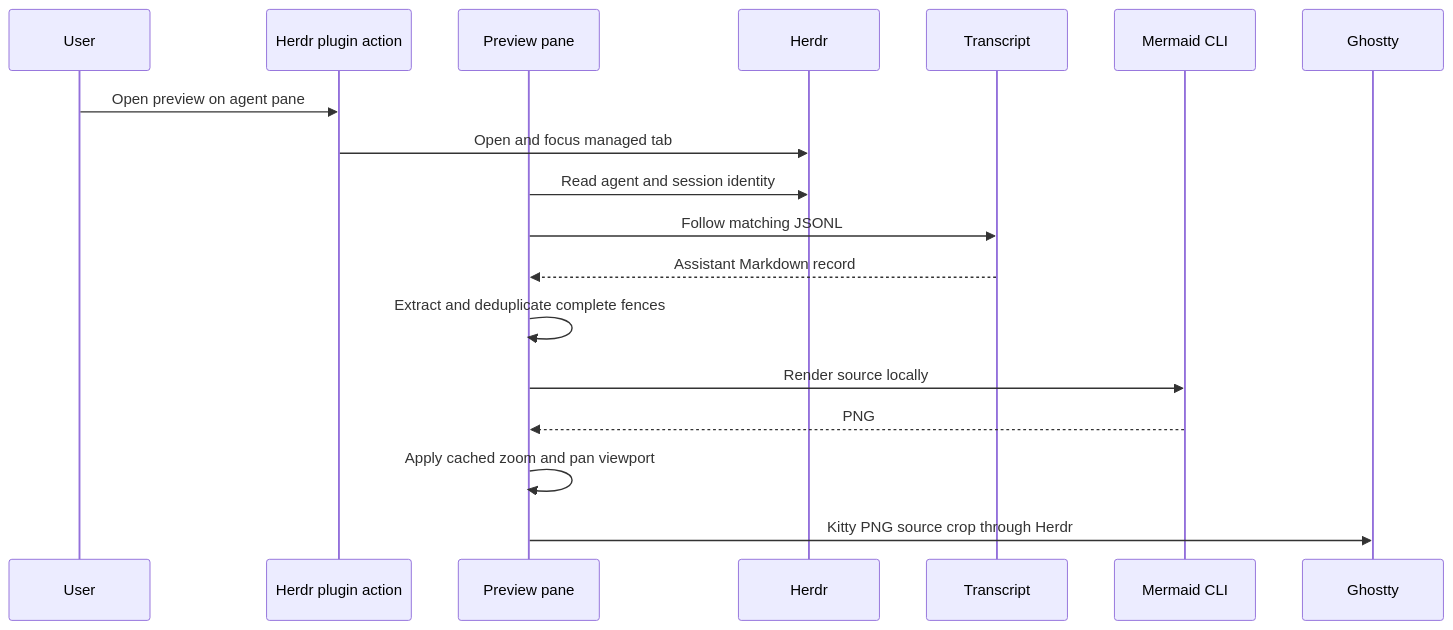
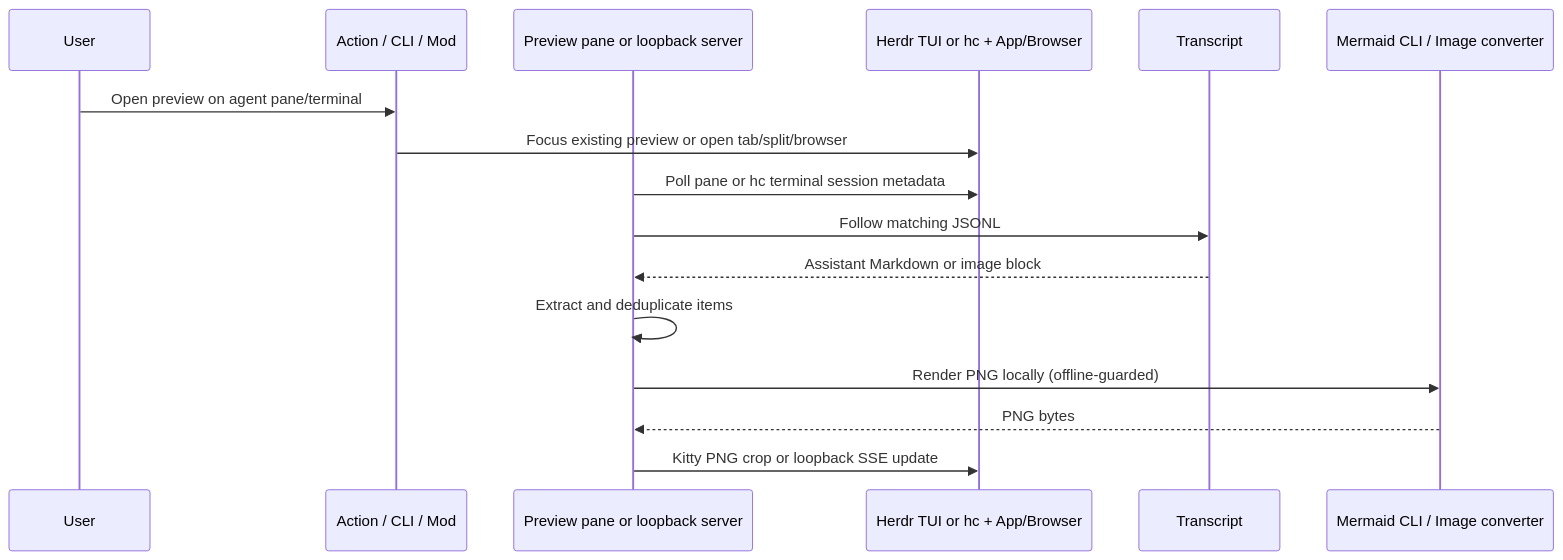
Before and after one commit to Volpestyle/herdr-plugin-mermaid-preview: the diagram in docs/architecture.md, drawn with Mermaid. The commit also changed other lines of this file and 27 other files, not shown here.

Commit message:
Add transcript image previews and Herdr App/Browser support

````diff
--- a/docs/architecture.md
+++ b/docs/architecture.md
@@ -30,21 +74,19 @@
 ```mermaid
 sequenceDiagram
   participant User
-  participant Action as Herdr plugin action
-  participant Preview as Preview pane
-  participant Herdr
+  participant Launcher as Action / CLI / Mod
+  participant Viewer as Preview pane or loopback server
+  participant Host as Herdr TUI or hc + App/Browser
   participant Transcript
-  participant Mermaid as Mermaid CLI
-  participant Ghostty
+  participant Renderer as Mermaid CLI / Image converter
 
-  User->>Action: Open preview on agent pane
-  Action->>Herdr: Open and focus managed tab
-  Preview->>Herdr: Read agent and session identity
-  Preview->>Transcript: Follow matching JSONL
-  Transcript-->>Preview: Assistant Markdown record
-  Preview->>Preview: Extract and deduplicate complete fences
-  Preview->>Mermaid: Render source locally
-  Mermaid-->>Preview: PNG
-  Preview->>Preview: Apply cached zoom and pan viewport
-  Preview->>Ghostty: Kitty PNG source crop through Herdr
+  User->>Launcher: Open preview on agent pane/terminal
+  Launcher->>Host: Focus existing preview or open tab/split/browser
+  Viewer->>Host: Poll pane or hc terminal session metadata
+  Viewer->>Transcript: Follow matching JSONL
+  Transcript-->>Viewer: Assistant Markdown or image block
+  Viewer->>Viewer: Extract and deduplicate items
+  Viewer->>Renderer: Render PNG locally (offline-guarded)
+  Renderer-->>Viewer: PNG bytes
+  Viewer->>Host: Kitty PNG crop or loopback SSE update
 ```
````
